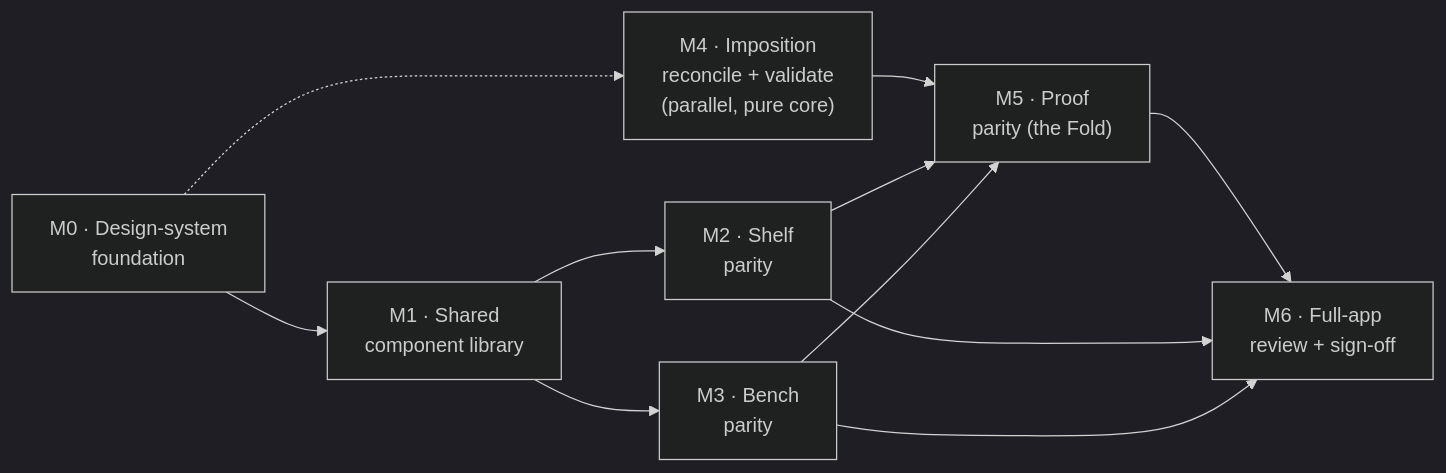
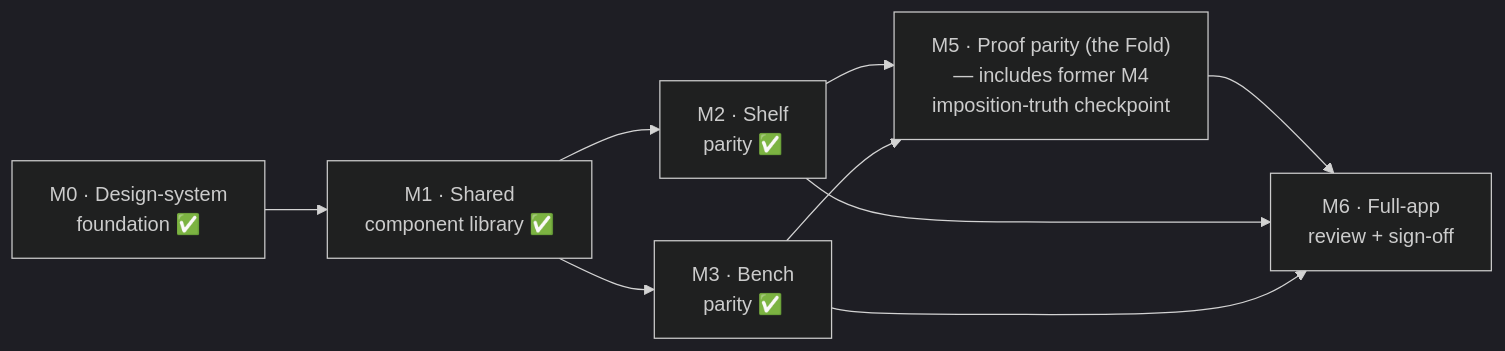
The diagram in docs/COMPOSE-V1-PARITY-PLAN.md (aritr-codes/zinely-android), drawn with Mermaid (dark theme) before and after one commit. The commit also changed other lines of this file and 9 other files, not shown here.

````diff
--- a/docs/COMPOSE-V1-PARITY-PLAN.md
+++ b/docs/COMPOSE-V1-PARITY-PLAN.md
@@ -155,13 +158,11 @@
 ```mermaid
 flowchart LR
-    M0["M0 · Design-system\nfoundation"] --> M1["M1 · Shared\ncomponent library"]
-    M1 --> M2["M2 · Shelf\nparity"]
-    M1 --> M3["M3 · Bench\nparity"]
-    M4["M4 · Imposition\nreconcile + validate\n(parallel, pure core)"] --> M5["M5 · Proof\nparity (the Fold)"]
-    M2 --> M5
+    M0["M0 · Design-system\nfoundation ✅"] --> M1["M1 · Shared\ncomponent library ✅"]
+    M1 --> M2["M2 · Shelf\nparity ✅"]
+    M1 --> M3["M3 · Bench\nparity ✅"]
+    M2 --> M5["M5 · Proof parity (the Fold)\n— includes former M4\nimposition-truth checkpoint"]
     M3 --> M5
-    M0 -.-> M4
     M5 --> M6["M6 · Full-app\nreview + sign-off"]
     M2 --> M6
     M3 --> M6
 ```
````
